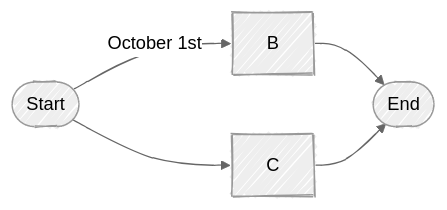
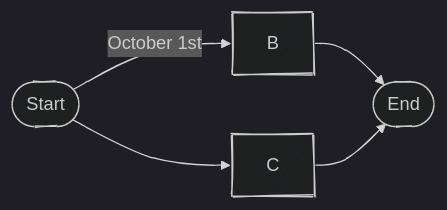
The second of 2 diagrams in simplelow.md (mkarau/testMermaid), drawn with Mermaid before and after one commit.

````diff
--- a/simplelow.md
+++ b/simplelow.md
@@ -9,12 +9,12 @@
 ```mermaid
 ---
 config:
       look: handDrawn
-      theme: neutral
+      theme: dark
 ---
 flowchart LR;
       A([Start])-->|October 1st| B;
       A-->C;
       B-->D;
       C-->D([End]);
 ```
````
